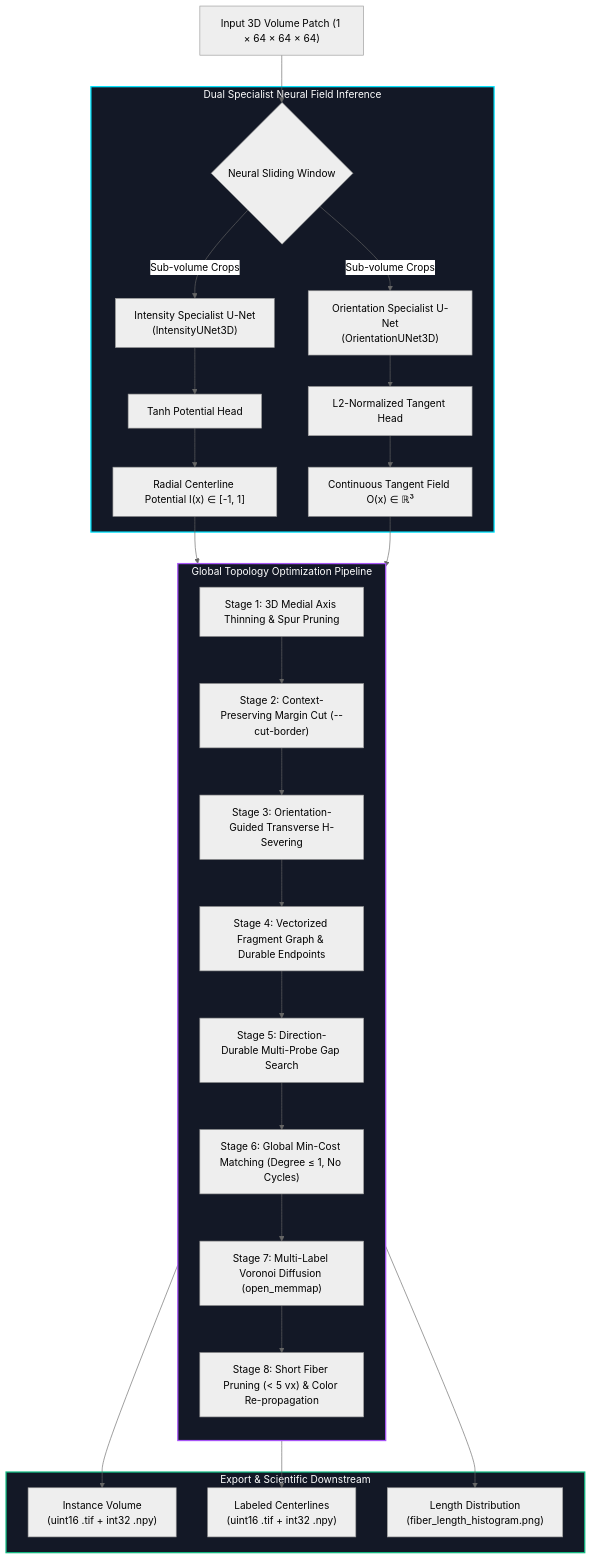
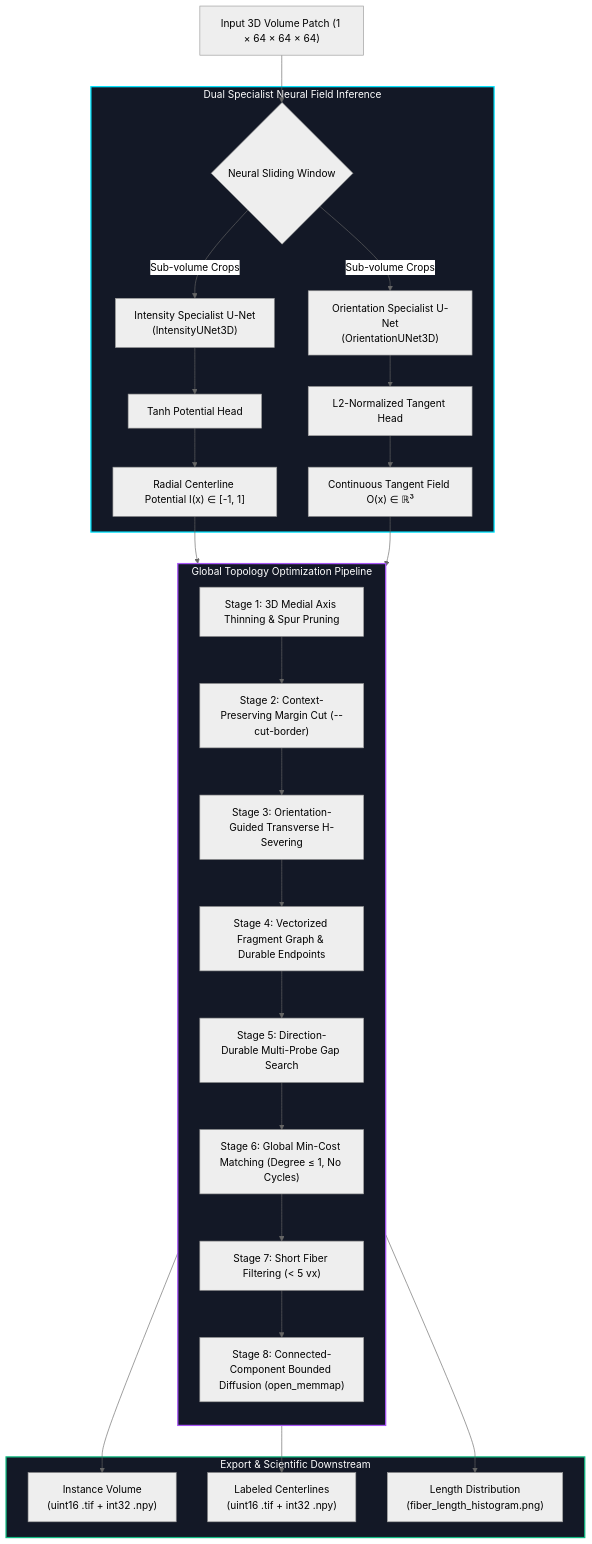
One commit to Kataevskii/fiber_segmentation_pipeline changed the third of 5 diagrams in README.md. Above: the diagram before and after it, drawn with Mermaid (neutral theme). The commit also changed other lines of this file and 3 other files, not shown here.

````diff
--- a/README.md
+++ b/README.md
@@ -293,41 +293,41 @@
 ```mermaid
 flowchart TD
     IN["Input 3D Volume Patch (1 × 64 × 64 × 64)"] --> SPLIT{"Neural Sliding Window"}
     
     subgraph DUAL_UNET ["Dual Specialist Neural Field Inference"]
         SPLIT -->|Sub-volume Crops| UNET_INT["Intensity Specialist U-Net<br/>(IntensityUNet3D)"]
         SPLIT -->|Sub-volume Crops| UNET_ORI["Orientation Specialist U-Net<br/>(OrientationUNet3D)"]
         
         UNET_INT --> HEAD_INT["Tanh Potential Head"]
         UNET_ORI --> HEAD_ORI["L2-Normalized Tangent Head"]
         
         HEAD_INT --> OUT_INT["Radial Centerline Potential I(x) ∈ [-1, 1]"]
         HEAD_ORI --> OUT_ORI["Continuous Tangent Field O(x) ∈ ℝ³"]
     end
 
     OUT_INT & OUT_ORI --> TOP_OPT
 
     subgraph TOP_OPT ["Global Topology Optimization Pipeline"]
         direction TB
         ST1["Stage 1: 3D Medial Axis Thinning & Spur Pruning"]
         ST2["Stage 2: Context-Preserving Margin Cut (--cut-border)"]
         ST3["Stage 3: Orientation-Guided Transverse H-Severing"]
         ST4["Stage 4: Vectorized Fragment Graph & Durable Endpoints"]
         ST5["Stage 5: Direction-Durable Multi-Probe Gap Search"]
         ST6["Stage 6: Global Min-Cost Matching (Degree ≤ 1, No Cycles)"]
-        ST7["Stage 7: Multi-Label Voronoi Diffusion (open_memmap)"]
-        ST8["Stage 8: Short Fiber Pruning (< 5 vx) & Color Re-propagation"]
+        ST7["Stage 7: Short Fiber Filtering (< 5 vx)"]
+        ST8["Stage 8: Connected-Component Bounded Diffusion (open_memmap)"]
 
         ST1 --> ST2 --> ST3 --> ST4 --> ST5 --> ST6 --> ST7 --> ST8
     end
 
     subgraph OUTPUTS ["Export & Scientific Downstream"]
         ST8 --> EXP_VOL["Instance Volume<br/>(uint16 .tif + int32 .npy)"]
         ST8 --> EXP_SKEL["Labeled Centerlines<br/>(uint16 .tif + int32 .npy)"]
         ST8 --> EXP_DIAG["Length Distribution<br/>(fiber_length_histogram.png)"]
     end
 
     style DUAL_UNET fill:#131826,stroke:#00e5ff,stroke-width:2px,color:#fff
     style TOP_OPT fill:#131826,stroke:#a855f7,stroke-width:2px,color:#fff
     style OUTPUTS fill:#131826,stroke:#10b981,stroke-width:2px,color:#fff
 ```
````
